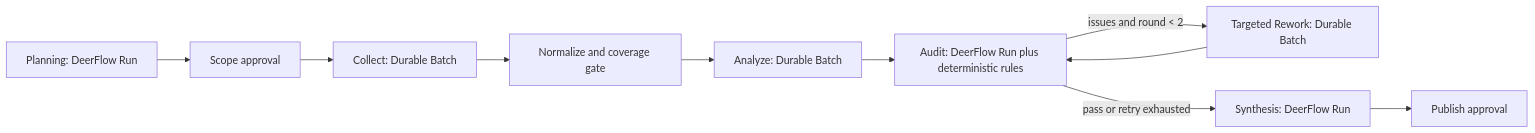
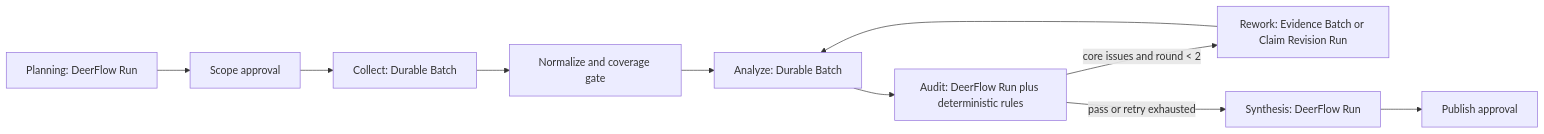
The diagram in docs/COMPETITIVE_RESEARCH_MULTI_AGENT_ORCHESTRATION.md (ourhome-macro/agent-investigator), drawn with Mermaid before and after one commit. The commit also changed other lines of this file and 65 other files, not shown here.

````diff
--- a/docs/COMPETITIVE_RESEARCH_MULTI_AGENT_ORCHESTRATION.md
+++ b/docs/COMPETITIVE_RESEARCH_MULTI_AGENT_ORCHESTRATION.md
@@ -9,12 +9,12 @@
 ```mermaid
 flowchart LR
     A["Planning: DeerFlow Run"] --> B["Scope approval"]
     B --> C["Collect: Durable Batch"]
     C --> D["Normalize and coverage gate"]
     D --> E["Analyze: Durable Batch"]
     E --> F["Audit: DeerFlow Run plus deterministic rules"]
-    F -->|"issues and round < 2"| G["Targeted Rework: Durable Batch"]
-    G --> F
+    F -->|"core issues and round < 2"| G["Rework: Evidence Batch or Claim Revision Run"]
+    G --> E
     F -->|"pass or retry exhausted"| H["Synthesis: DeerFlow Run"]
     H --> I["Publish approval"]
 ```
````
